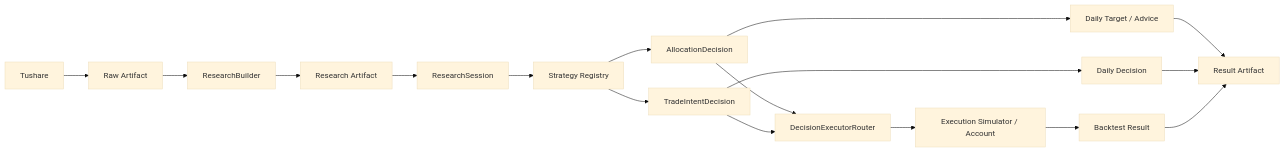
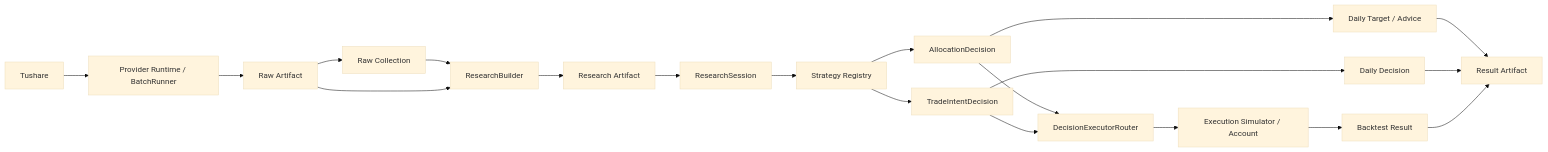
The diagram in docs/architecture.md (permanentchange/xqat), drawn with Mermaid (base theme) before and after one commit. The commit also changed other lines of this file and 21 other files, not shown here.

````diff
--- a/docs/architecture.md
+++ b/docs/architecture.md
@@ -11,19 +11,22 @@
 ```mermaid
 flowchart LR
-    T[Tushare] --> R[Raw Artifact]
-    R --> B[ResearchBuilder]
+    T[Tushare] --> P0[Provider Runtime / BatchRunner]
+    P0 --> R[Raw Artifact]
+    R --> C[Raw Collection]
+    C --> B[ResearchBuilder]
+    R --> B
     B --> U[Research Artifact]
     U --> S[ResearchSession]
     S --> G[Strategy Registry]
     G --> A[AllocationDecision]
     G --> I[TradeIntentDecision]
     A --> X[DecisionExecutorRouter]
     I --> X
     X --> E[Execution Simulator / Account]
     A --> D[Daily Target / Advice]
     I --> Q[Daily Decision]
     E --> P[Backtest Result]
     D --> O[Result Artifact]
     Q --> O
     P --> O
 ```
````
